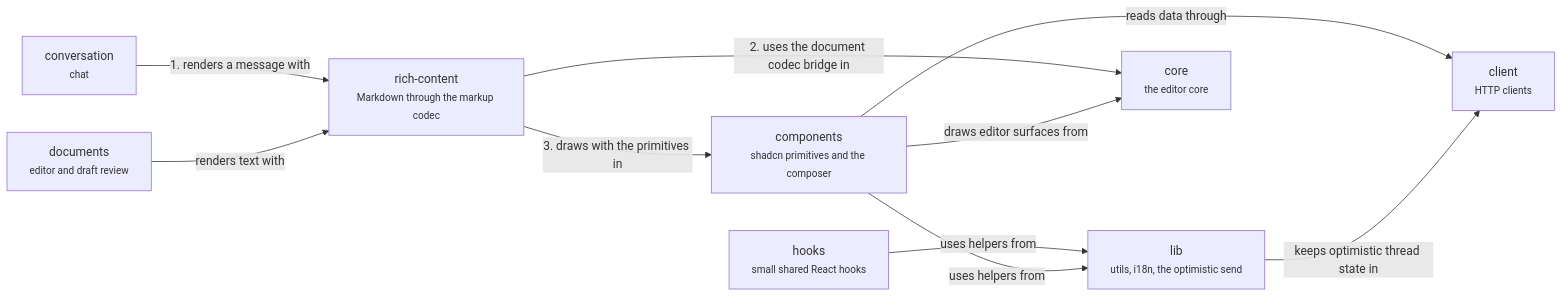
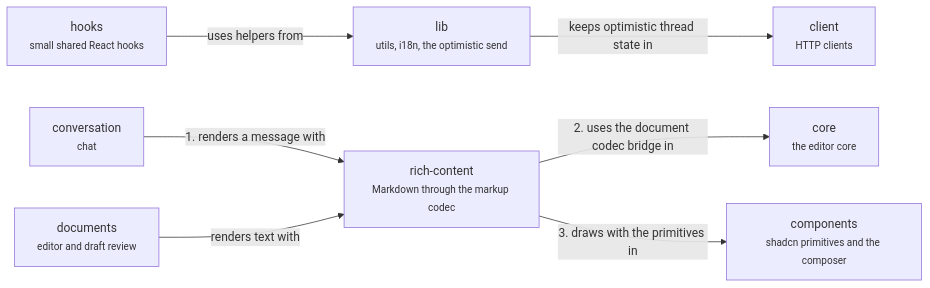
One commit to haowjy/meridian-flow changed the diagram in .context/system-architecture/app-shared.md. Above: the diagram before and after it, drawn with Mermaid. The commit also changed 13 other files, not shown here.

````diff
--- a/.context/system-architecture/app-shared.md
+++ b/.context/system-architecture/app-shared.md
@@ -5,20 +5,17 @@
 ```mermaid
 flowchart LR
   components["components<br/><small>shadcn primitives and the composer</small>"]:::module
   hooks["hooks<br/><small>small shared React hooks</small>"]:::module
   lib["lib<br/><small>utils, i18n, the optimistic send</small>"]:::module
   rich-content["rich-content<br/><small>Markdown through the markup codec</small>"]:::module
   conversation["conversation<br/><small>chat</small>"]:::context
   documents["documents<br/><small>editor and draft review</small>"]:::context
   core["core<br/><small>the editor core</small>"]:::context
   client["client<br/><small>HTTP clients</small>"]:::context
   conversation -->|"1. renders a message with"| rich-content
   rich-content -->|"2. uses the document codec bridge in"| core
   rich-content -->|"3. draws with the primitives in"| components
-  components -->|"reads data through"| client
-  components -->|"draws editor surfaces from"| core
   hooks -->|"uses helpers from"| lib
   lib -->|"keeps optimistic thread state in"| client
   documents -->|"renders text with"| rich-content
-  components -->|"uses helpers from"| lib
 ```
````
